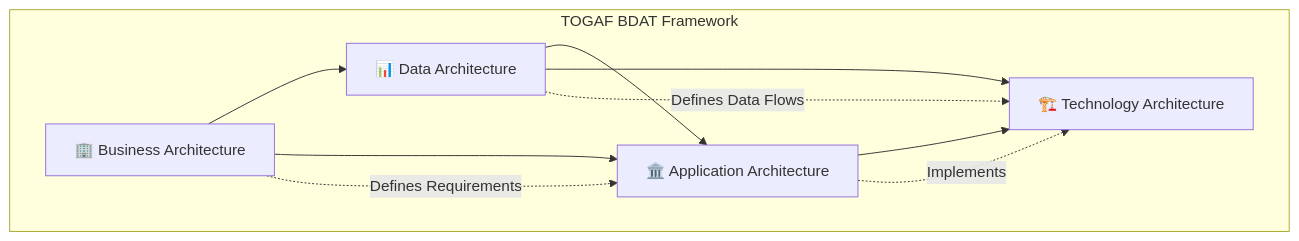
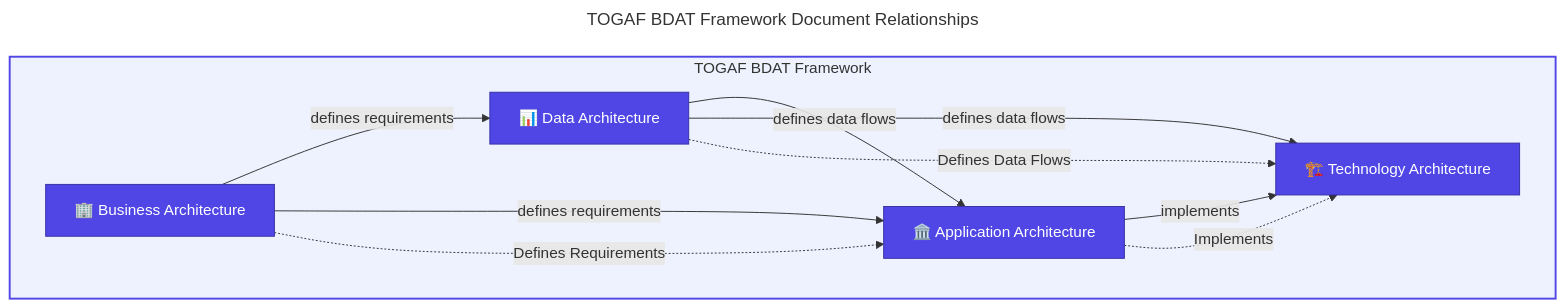
One commit to Evilazaro/DevExp-DevBox changed the diagram in docs/architecture/README.md. Above: the diagram before and after it, drawn with Mermaid.

Commit message:
Refactor architecture documentation to enhance clarity and detail in document relationships

````diff
--- a/docs/architecture/README.md
+++ b/docs/architecture/README.md
@@ -45,19 +45,36 @@
 ```mermaid
+---
+title: TOGAF BDAT Framework Document Relationships
+---
 flowchart TB
+    %% ===== STYLE DEFINITIONS =====
+    classDef primary fill:#4F46E5,stroke:#3730A3,color:#FFFFFF
+    classDef secondary fill:#10B981,stroke:#059669,color:#FFFFFF
+    classDef datastore fill:#F59E0B,stroke:#D97706,color:#000000
+
+    %% ===== FRAMEWORK DOCUMENTS =====
     subgraph TOGAF["TOGAF BDAT Framework"]
-        BA[🏢 Business Architecture]
-        DA[📊 Data Architecture]
-        AA[🏛️ Application Architecture]
-        TA[🏗️ Technology Architecture]
+        BA["🏢 Business Architecture"]
+        DA["📊 Data Architecture"]
+        AA["🏛️ Application Architecture"]
+        TA["🏗️ Technology Architecture"]
     end
 
-    BA --> DA
-    BA --> AA
-    DA --> AA
-    AA --> TA
-    DA --> TA
+    %% ===== DOCUMENT RELATIONSHIPS =====
+    BA -->|"defines requirements"| DA
+    BA -->|"defines requirements"| AA
+    DA -->|"defines data flows"| AA
+    AA -->|"implements"| TA
+    DA -->|"defines data flows"| TA
 
-    BA -.->|Defines Requirements| AA
-    DA -.->|Defines Data Flows| TA
-    AA -.->|Implements| TA
+    %% ===== CROSS-DOMAIN RELATIONSHIPS =====
+    BA -.->|"Defines Requirements"| AA
+    DA -.->|"Defines Data Flows"| TA
+    AA -.->|"Implements"| TA
+
+    %% ===== APPLY STYLES =====
+    class BA,DA,AA,TA primary
+
+    %% ===== SUBGRAPH STYLING =====
+    style TOGAF fill:#EEF2FF,stroke:#4F46E5,stroke-width:2px
 ```
````
